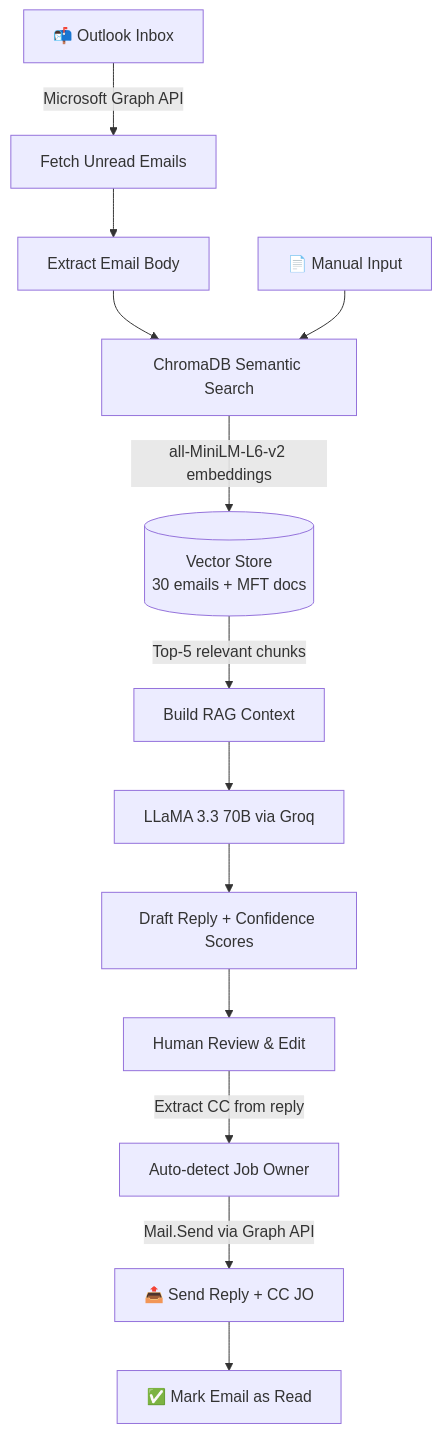
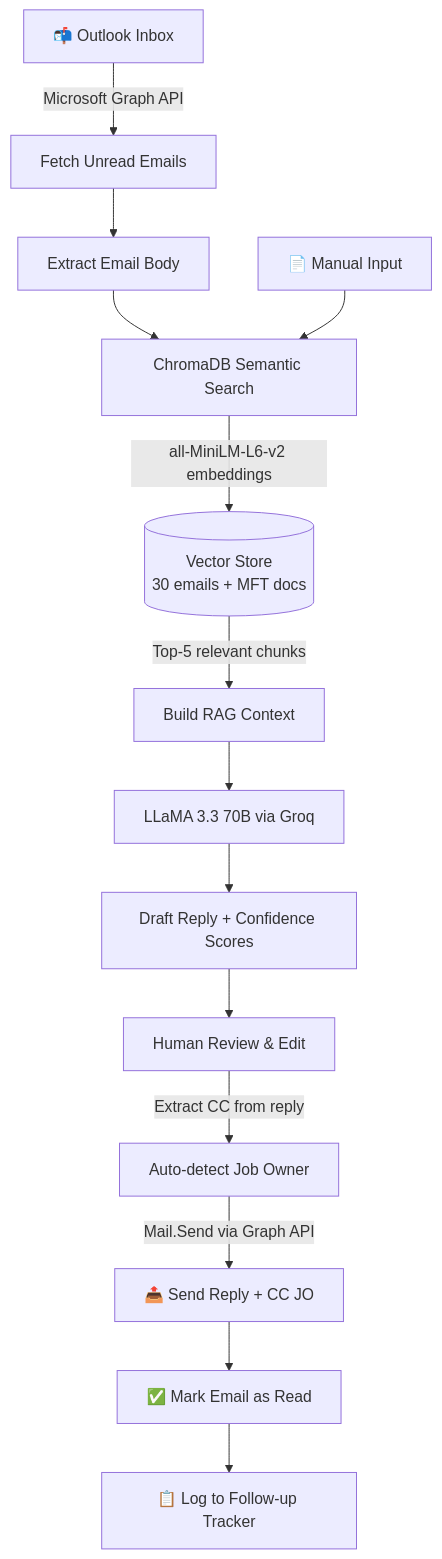
Before and after one commit to adii1401/mft-email-responder: the diagram in README.md, drawn with Mermaid. The commit also changed other lines of this file and 1 other file, not shown here.

````diff
--- a/README.md
+++ b/README.md
@@ -11,16 +11,17 @@
 ```mermaid
 flowchart TD
     A[📬 Outlook Inbox] -->|Microsoft Graph API| B[Fetch Unread Emails]
     B --> C[Extract Email Body]
     C --> D[ChromaDB Semantic Search]
     D -->|all-MiniLM-L6-v2 embeddings| E[(Vector Store\n30 emails + MFT docs)]
     E -->|Top-5 relevant chunks| F[Build RAG Context]
     F --> G[LLaMA 3.3 70B via Groq]
     G --> H[Draft Reply + Confidence Scores]
     H --> I[Human Review & Edit]
     I -->|Extract CC from reply| J[Auto-detect Job Owner]
     J -->|Mail.Send via Graph API| K[📤 Send Reply + CC JO]
     K --> L[✅ Mark Email as Read]
+    L --> M[📋 Log to Follow-up Tracker]
 
-    M[📄 Manual Input] --> D
+    N[📄 Manual Input] --> D
 ```
````
